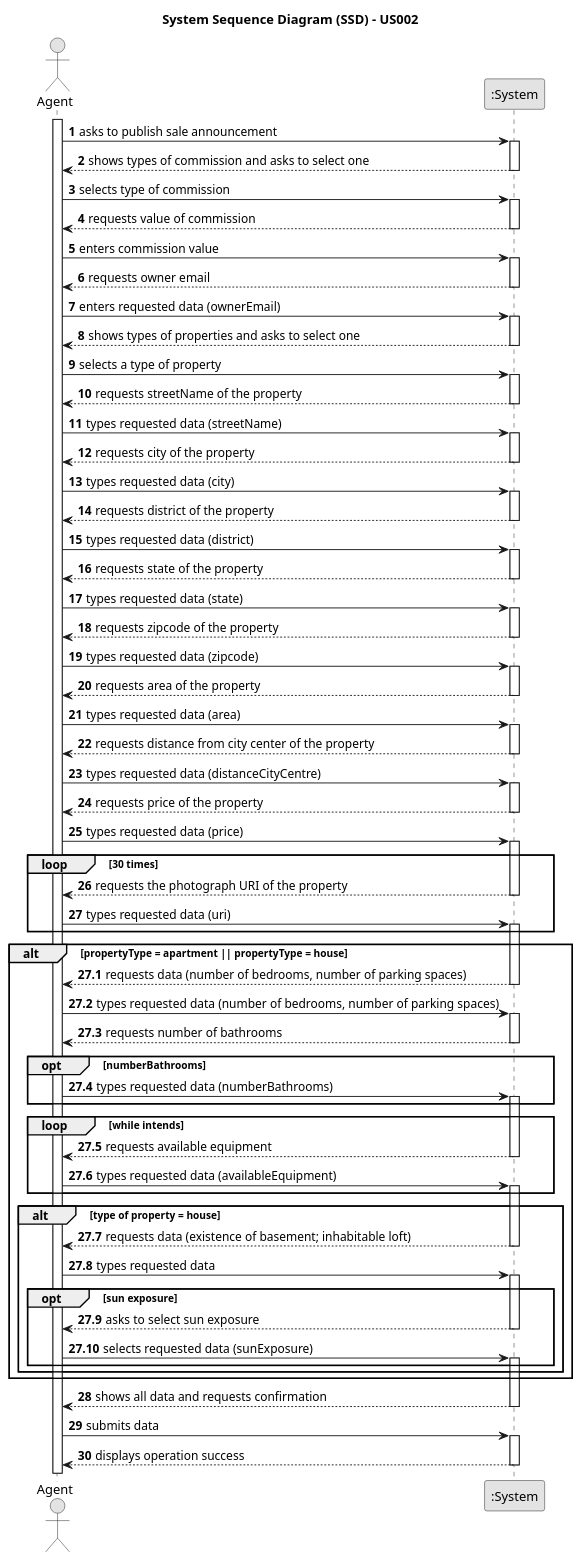
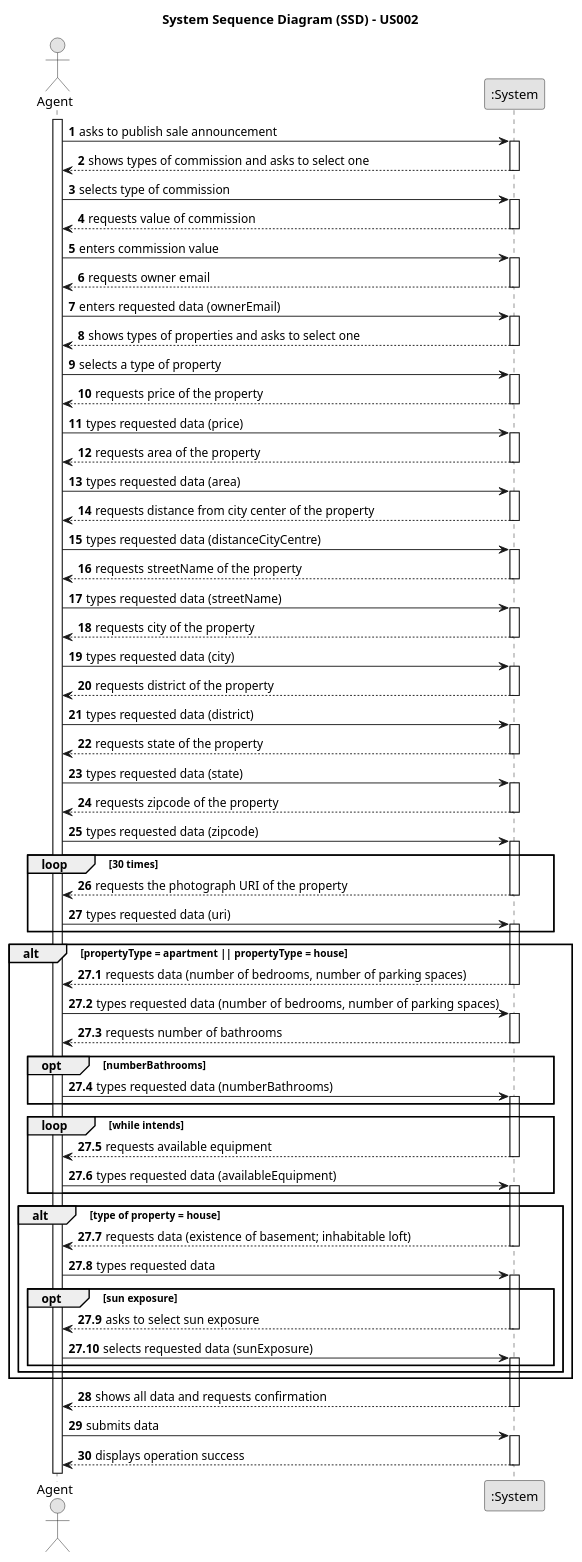
Before and after one commit to rita-barbosa/LAPR2-2223: the diagram in docs/sprintD/us002/01.requirements-engineering/puml/us002-system-sequence-diagram.puml, drawn with PlantUML. The commit also changed 6 other files, not shown here.

Commit message:
Update sequence & class diagram [US002][Design]

```diff
--- a/docs/sprintD/us002/01.requirements-engineering/puml/us002-system-sequence-diagram.puml
+++ b/docs/sprintD/us002/01.requirements-engineering/puml/us002-system-sequence-diagram.puml
@@ -1,152 +1,155 @@
 @startuml
 skinparam monochrome true
 skinparam packageStyle rectangle
 skinparam shadowing false
 
 title System Sequence Diagram (SSD) - US002
 
 autonumber
 
 actor "Agent" as Employee
 participant ":System" as System
 
 activate Employee
 
     Employee -> System : asks to publish sale announcement
     activate System
 
       System --> Employee : shows types of commission and asks to select one
     deactivate System
 
     Employee -> System : selects type of commission
     activate System
 
     System --> Employee : requests value of commission
     deactivate System
 
     Employee -> System : enters commission value
     activate System
 
     System --> Employee : requests owner email
     deactivate System
 
     Employee -> System : enters requested data (ownerEmail)
     activate System
 
     System --> Employee : shows types of properties and asks to select one
     deactivate System
 
     Employee -> System : selects a type of property
     activate System
-' zipCode of the property'
+
+    System --> Employee : requests price of the property
+    deactivate System
+
+    Employee -> System : types requested data (price)
+    activate System
+
+
+    System --> Employee : requests area of the property
+    deactivate System
+
+    Employee -> System : types requested data (area)
+    activate System
+
+    System --> Employee : requests distance from city center of the property
+    deactivate System
+
+    Employee -> System : types requested data (distanceCityCentre)
+    activate System
+
+
     System --> Employee : requests streetName of the property
     deactivate System
 
     Employee -> System : types requested data (streetName)
     activate System
 
     System --> Employee : requests city of the property
     deactivate System
 
     Employee -> System : types requested data (city)
     activate System
 
     System --> Employee : requests district of the property
     deactivate System
 
     Employee -> System : types requested data (district)
     activate System
 
     System --> Employee : requests state of the property
     deactivate System
 
     Employee -> System : types requested data (state)
     activate System
 
     System --> Employee : requests zipcode of the property
     deactivate System
 
     Employee -> System : types requested data (zipcode)
     activate System
 
 
-    System --> Employee : requests area of the property
-    deactivate System
-
-    Employee -> System : types requested data (area)
-    activate System
-
-    System --> Employee : requests distance from city center of the property
-    deactivate System
-
-    Employee -> System : types requested data (distanceCityCentre)
-    activate System
-
-    System --> Employee : requests price of the property
-    deactivate System
-
-    Employee -> System : types requested data (price)
-    activate System
 
         loop 30 times
         System --> Employee : requests the photograph URI of the property
         deactivate System
         Employee -> System : types requested data (uri)
         activate System
         end loop
 
 
     alt propertyType = apartment || propertyType = house
 
      autonumber 27.1
         System --> Employee : requests data (number of bedrooms, number of parking spaces)
         deactivate System
 
         Employee -> System : types requested data (number of bedrooms, number of parking spaces)
         activate System
 
 
         System --> Employee : requests number of bathrooms
         deactivate System
 
             opt numberBathrooms
             Employee -> System : types requested data (numberBathrooms)
             activate System
             end opt
 
         loop while intends
         System --> Employee : requests available equipment
         deactivate System
 
         Employee -> System : types requested data (availableEquipment)
         activate System
         end loop
 
         alt type of property = house
 
         System --> Employee : requests data (existence of basement; inhabitable loft)
         deactivate System
 
         Employee -> System : types requested data
         activate System
 
             opt sun exposure
             System --> Employee : asks to select sun exposure
             deactivate System
             Employee -> System : selects requested data (sunExposure)
             activate System
             end opt
 
         end
     end
     autonumber 28
         System --> Employee : shows all data and requests confirmation
     deactivate System
 
     Employee -> System : submits data
     activate System
 
         System --> Employee : displays operation success
     deactivate System
 
 @enduml
```
